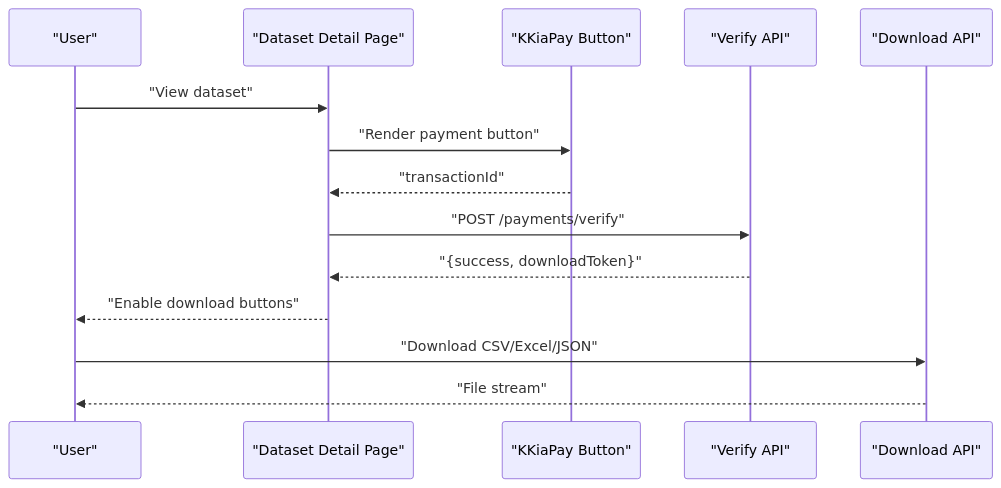
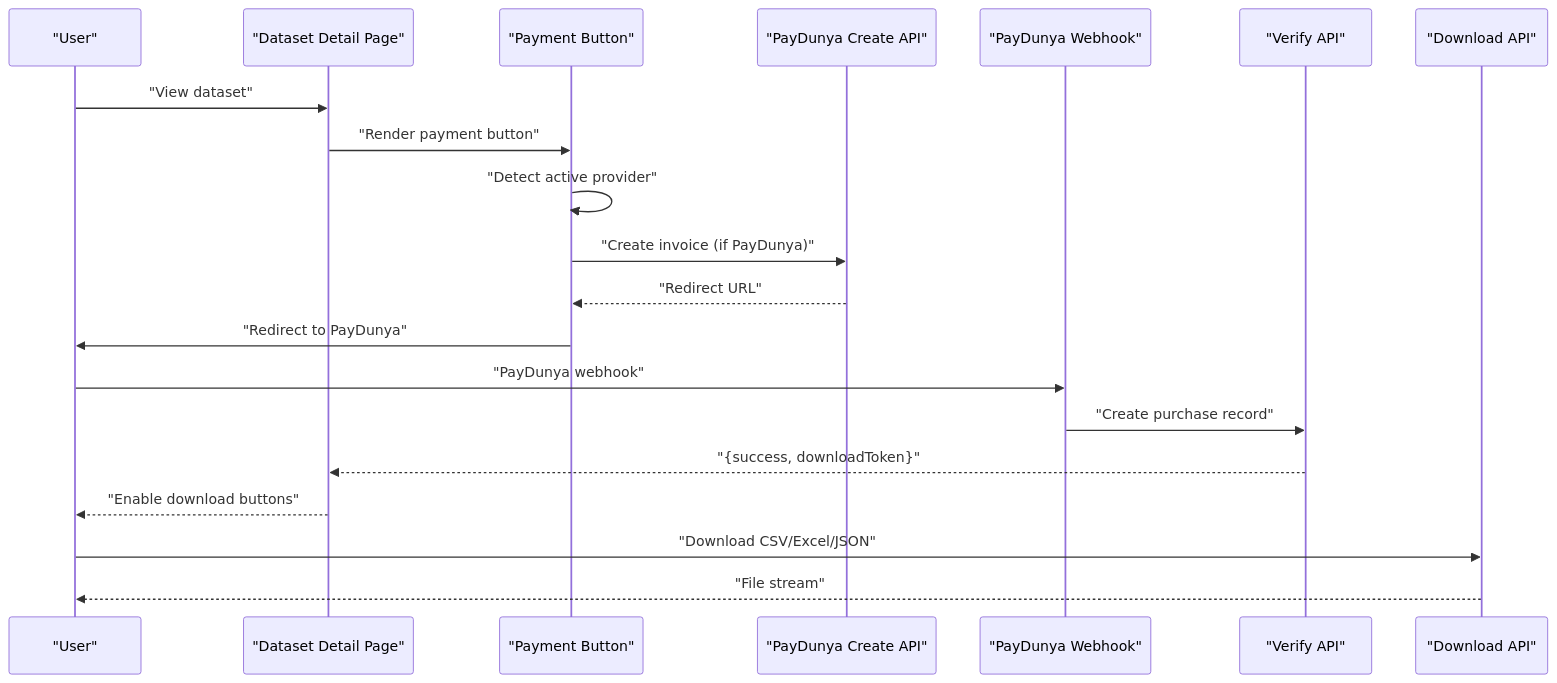
Before and after one commit to alikizang/datafrica: diagram 11 of 13 in .qoder/repowiki/en/content/Payment System/Purchase Management.md, drawn with Mermaid. The commit also changed other lines of this file and 21 other files, not shown here.

````diff
--- a/.qoder/repowiki/en/content/Payment System/Purchase Management.md
+++ b/.qoder/repowiki/en/content/Payment System/Purchase Management.md
@@ -374,16 +562,22 @@
 ```mermaid
 sequenceDiagram
 participant U as "User"
 participant DS as "Dataset Detail Page"
-participant K as "KKiaPay Button"
+participant PB as "Payment Button"
+participant PC as "PayDunya Create API"
+participant PW as "PayDunya Webhook"
 participant V as "Verify API"
 participant DL as "Download API"
 U->>DS : "View dataset"
-DS->>K : "Render payment button"
-K-->>DS : "transactionId"
-DS->>V : "POST /payments/verify"
+DS->>PB : "Render payment button"
+PB->>PB : "Detect active provider"
+PB->>PC : "Create invoice (if PayDunya)"
+PC-->>PB : "Redirect URL"
+PB->>U : "Redirect to PayDunya"
+U->>PW : "PayDunya webhook"
+PW->>V : "Create purchase record"
 V-->>DS : "{success, downloadToken}"
 DS-->>U : "Enable download buttons"
 U->>DL : "Download CSV/Excel/JSON"
 DL-->>U : "File stream"
 ```
````
